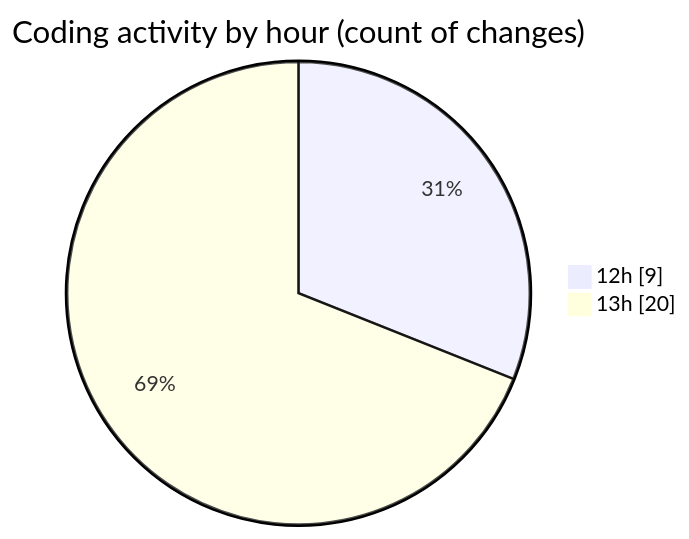
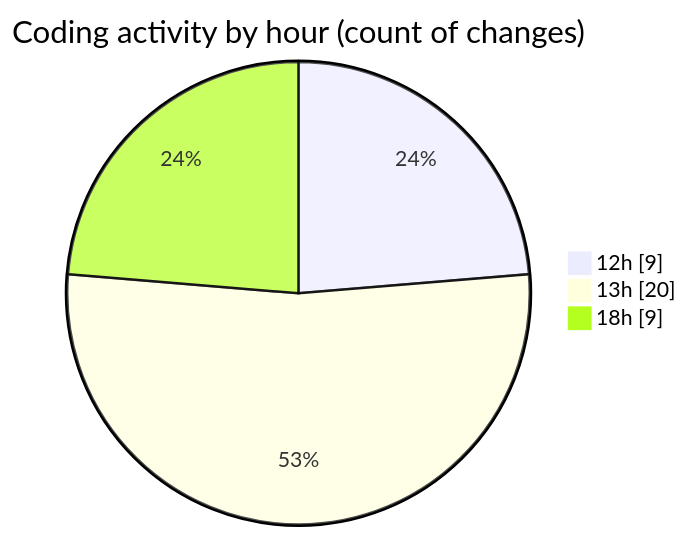
One commit to hasnaa123/code-tracking changed the second of 2 diagrams in 2026-10-25/taskforge/README.md. Above: the diagram before and after it, drawn with Mermaid. The commit also changed other lines of this file and 1 other file, not shown here.

````diff
--- a/2026-10-25/taskforge/README.md
+++ b/2026-10-25/taskforge/README.md
@@ -29,6 +29,7 @@
 ```mermaid
 pie showData
 title Coding activity by hour (count of changes)
 "12h" : 9
 "13h" : 20
+"18h" : 9
 ```
````
